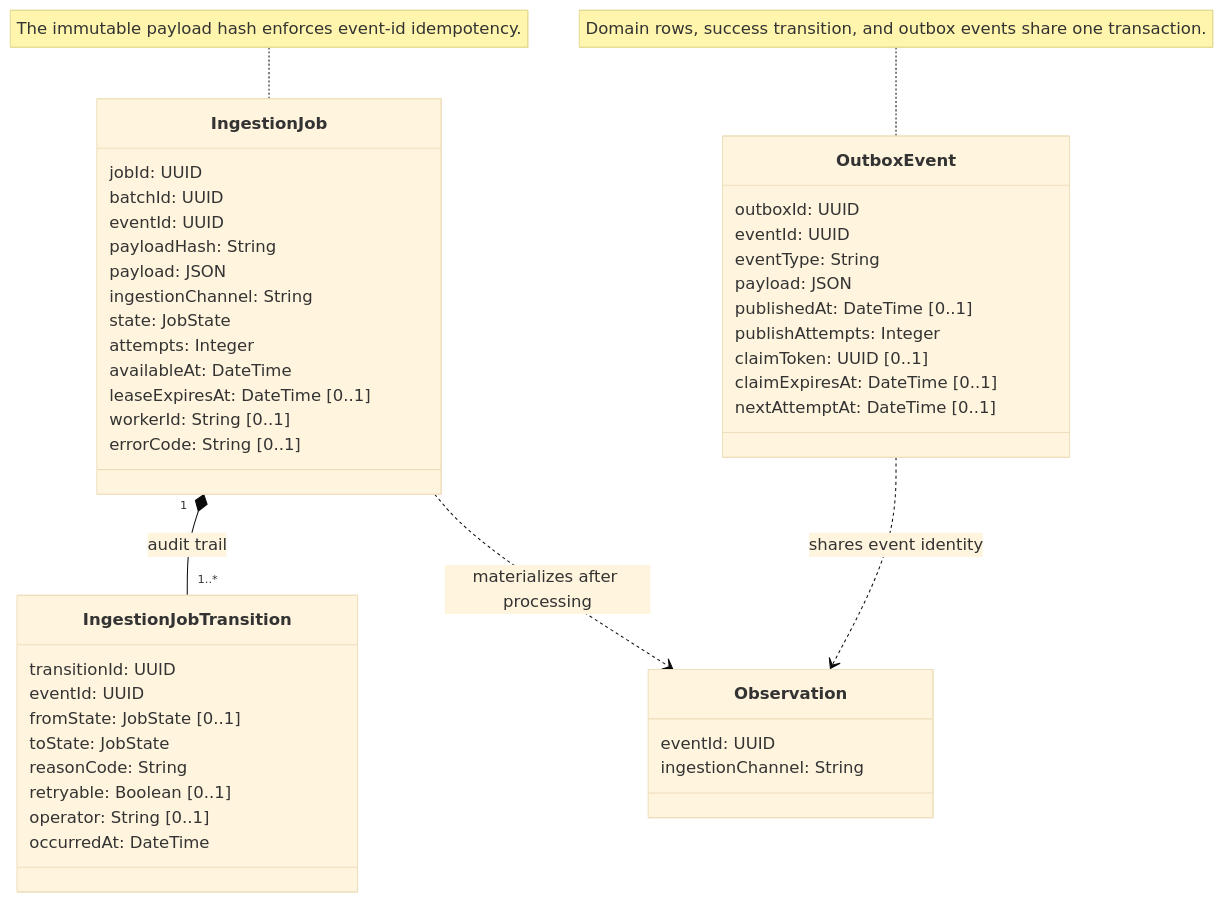
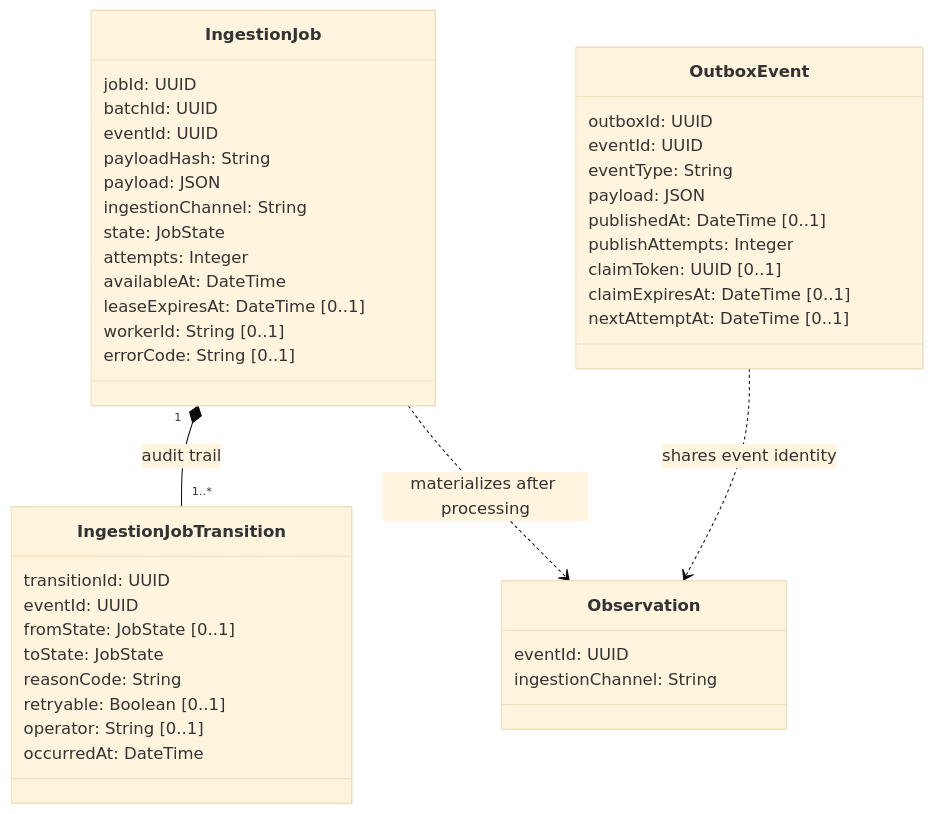
One commit to ZakariaElKhaldi/4iir-sr changed the diagram in diagrams/03b-ingestion-classes.mmd. Above: the diagram before and after it, drawn with Mermaid (base theme). The commit also changed 53 other files, not shown here.

```diff
--- a/diagrams/03b-ingestion-classes.mmd
+++ b/diagrams/03b-ingestion-classes.mmd
@@ -1,52 +1,49 @@
 classDiagram
     direction TB
 
     class IngestionJob {
         jobId: UUID
         batchId: UUID
         eventId: UUID
         payloadHash: String
         payload: JSON
         ingestionChannel: String
         state: JobState
         attempts: Integer
         availableAt: DateTime
         leaseExpiresAt: DateTime [0..1]
         workerId: String [0..1]
         errorCode: String [0..1]
     }
 
     class IngestionJobTransition {
         transitionId: UUID
         eventId: UUID
         fromState: JobState [0..1]
         toState: JobState
         reasonCode: String
         retryable: Boolean [0..1]
         operator: String [0..1]
         occurredAt: DateTime
     }
 
     class Observation {
         eventId: UUID
         ingestionChannel: String
     }
 
     class OutboxEvent {
         outboxId: UUID
         eventId: UUID
         eventType: String
         payload: JSON
         publishedAt: DateTime [0..1]
         publishAttempts: Integer
         claimToken: UUID [0..1]
         claimExpiresAt: DateTime [0..1]
         nextAttemptAt: DateTime [0..1]
     }
 
     IngestionJob "1" *-- "1..*" IngestionJobTransition : audit trail
     IngestionJob ..> Observation : materializes after processing
     OutboxEvent ..> Observation : shares event identity
-
-    note for IngestionJob "The immutable payload hash enforces event-id idempotency."
-    note for OutboxEvent "Domain rows, success transition, and outbox events share one transaction."
```
